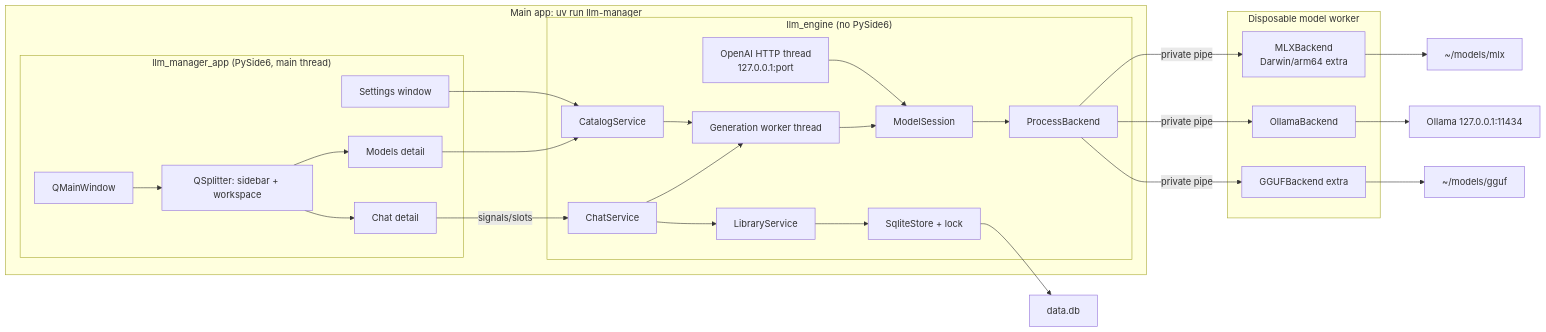
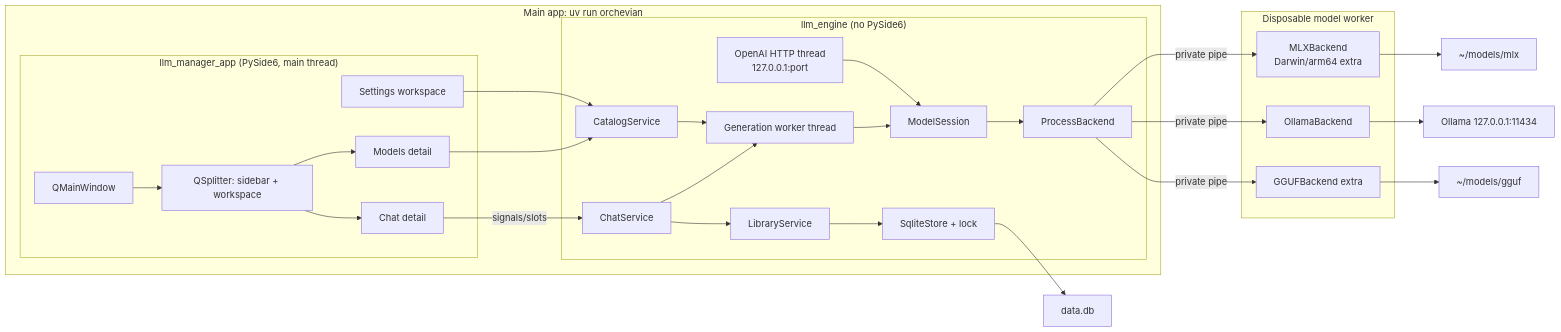
One commit to FincoDinco/orchevian changed the first of 2 diagrams in DESIGN.md. Above: the diagram before and after it, drawn with Mermaid. The commit also changed other lines of this file and 61 other files, not shown here.

Commit message:
feat: expand Orchevian local AI workspace

````diff
--- a/DESIGN.md
+++ b/DESIGN.md
@@ -230,45 +238,45 @@
 ```mermaid
 flowchart LR
-  subgraph proc["Main app: uv run llm-manager"]
+  subgraph proc["Main app: uv run orchevian"]
     subgraph qt["llm_manager_app (PySide6, main thread)"]
       Win["QMainWindow"]
       Split["QSplitter: sidebar + workspace"]
       ChatUI["Chat detail"]
       ModelsUI["Models detail"]
-      Settings["Settings window"]
+      Settings["Settings workspace"]
       Win --> Split --> ChatUI
       Split --> ModelsUI
     end
     subgraph eng["llm_engine (no PySide6)"]
       ChatSvc["ChatService"]
       Catalog["CatalogService"]
       Library["LibraryService"]
       Store["SqliteStore + lock"]
       Session["ModelSession"]
       API["OpenAI HTTP thread\n127.0.0.1:port"]
       Worker["Generation worker thread"]
       ChatSvc --> Worker
       Catalog --> Worker
       Worker --> Session
       ChatSvc --> Library
       Library --> Store
       Session --> Runtime["ProcessBackend"]
       API --> Session
     end
     ChatUI -->|signals/slots| ChatSvc
     ModelsUI --> Catalog
     Settings --> Catalog
   end
   subgraph model["Disposable model worker"]
     MLX["MLXBackend\nDarwin/arm64 extra"]
     Oll["OllamaBackend"]
     GG["GGUFBackend extra"]
   end
   Runtime -->|private pipe| MLX
   Runtime -->|private pipe| Oll
   Runtime -->|private pipe| GG
   Store --> DB["data.db"]
   Oll --> Ollama["Ollama 127.0.0.1:11434"]
   MLX --> ModelsDir["~/models/mlx"]
   GG --> ModelsDir2["~/models/gguf"]
 ```
````
